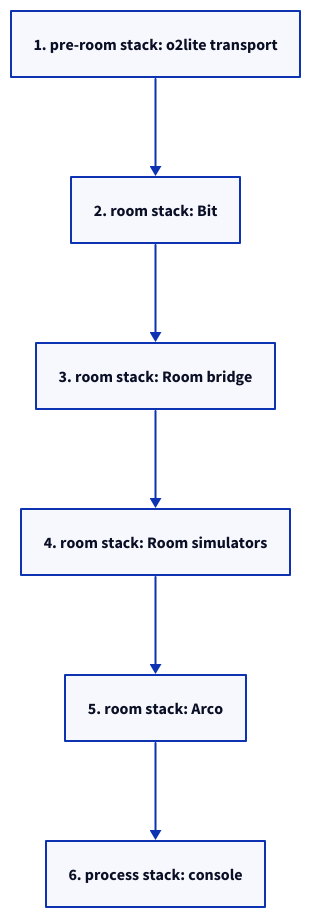
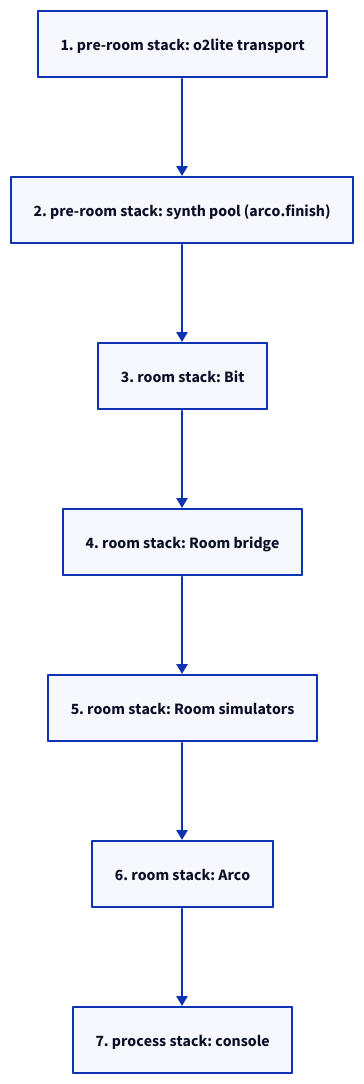
The diagram in docs/diagrams/boot-teardown.d2 (Musical-Mycology/mm-terrarium), drawn with D2 before and after one commit. The commit also changed 11 other files, not shown here.

```diff
--- a/docs/diagrams/boot-teardown.d2
+++ b/docs/diagrams/boot-teardown.d2
@@ -1,9 +1,10 @@
 direction: down
 
 p1: "1. pre-room stack: o2lite transport"
-p2: "2. room stack: Bit"
-p3: "3. room stack: Room bridge"
-p4: "4. room stack: Room simulators"
-p5: "5. room stack: Arco"
-p6: "6. process stack: console"
-p1 -> p2 -> p3 -> p4 -> p5 -> p6
+p2: "2. pre-room stack: synth pool (arco.finish)"
+p3: "3. room stack: Bit"
+p4: "4. room stack: Room bridge"
+p5: "5. room stack: Room simulators"
+p6: "6. room stack: Arco"
+p7: "7. process stack: console"
+p1 -> p2 -> p3 -> p4 -> p5 -> p6 -> p7
```
